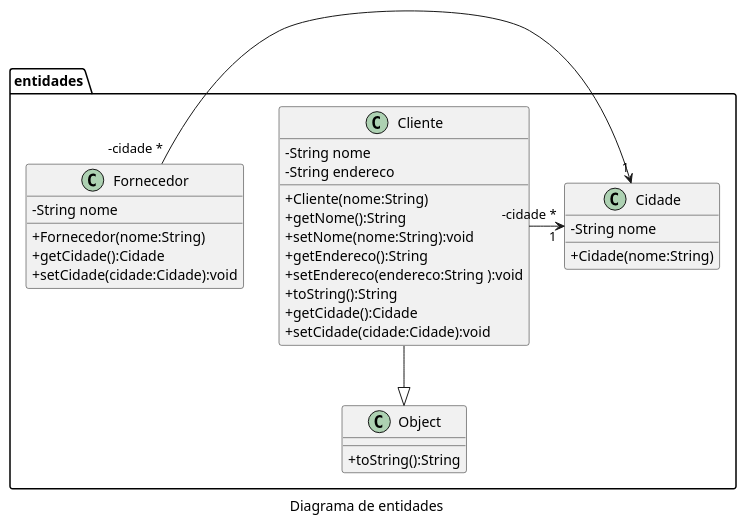
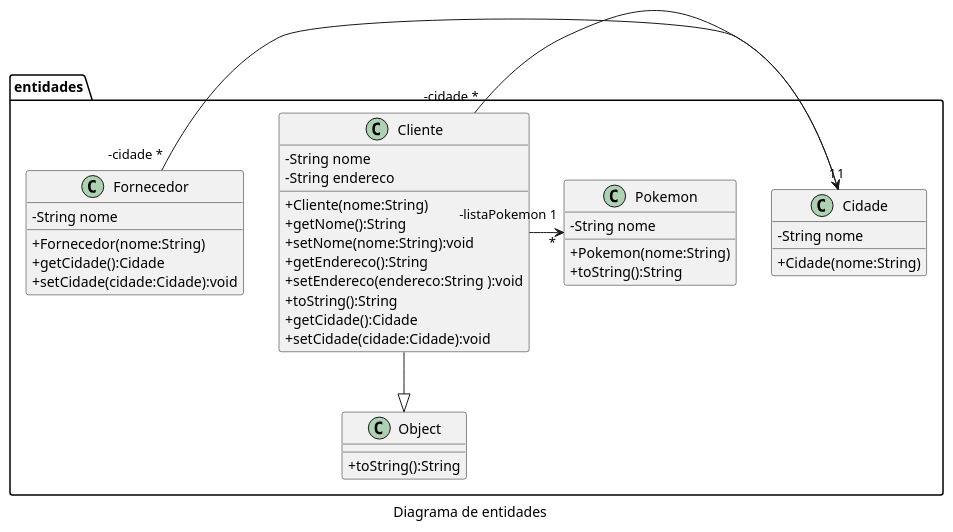
Before and after one commit to waltercoan/fso-turmaa-revoo: the diagram in diagramas/classes.puml, drawn with PlantUML. The commit also changed 6 other files, not shown here.

```diff
--- a/diagramas/classes.puml
+++ b/diagramas/classes.puml
@@ -1,36 +1,43 @@
 @startuml
 skinparam classAttributeIconSize 0
 ' left to right direction
 caption Diagrama de entidades
 namespace entidades {
     class Object{
         + toString():String
     }
     class Cliente {
         - String nome
         - String endereco
         + Cliente(nome:String)
         + getNome():String
         + setNome(nome:String):void
         + getEndereco():String
         + setEndereco(endereco:String ):void
         + toString():String
         + getCidade():Cidade
         + setCidade(cidade:Cidade):void
     }
     class Cidade {
         - String nome
         + Cidade(nome:String)
     }
     class Fornecedor {
         - String nome
         + Fornecedor(nome:String)
         + getCidade():Cidade
         + setCidade(cidade:Cidade):void
     }
+    class Pokemon {
+        - String nome
+        + Pokemon(nome:String)
+        + toString():String
+    }
+
     Cliente --|> Object
     Cliente "-cidade *" -> "1" Cidade
+    Cliente "-listaPokemon 1" -> "*" Pokemon
     Fornecedor "-cidade *" -> "1" Cidade
 }
 
 @enduml
```
